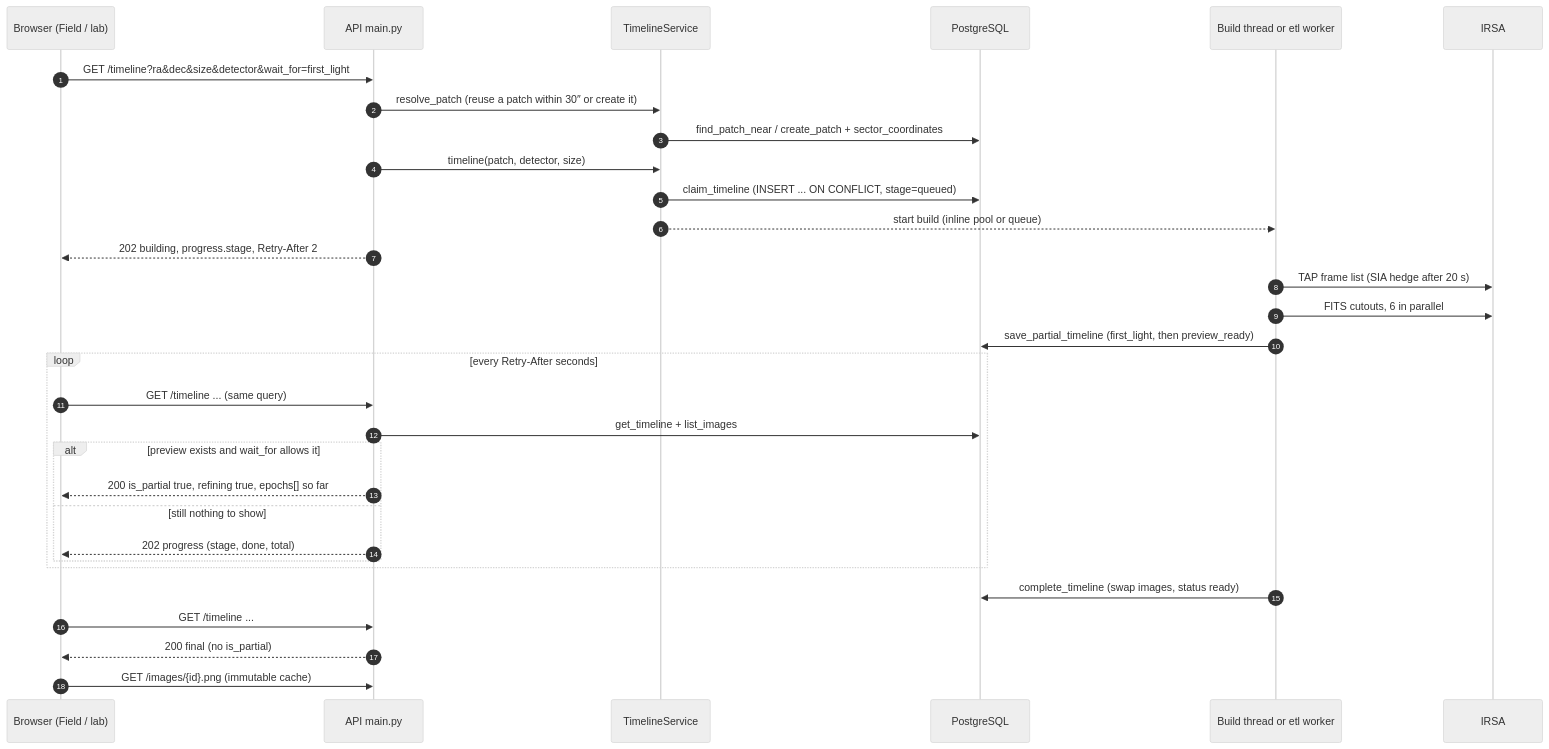
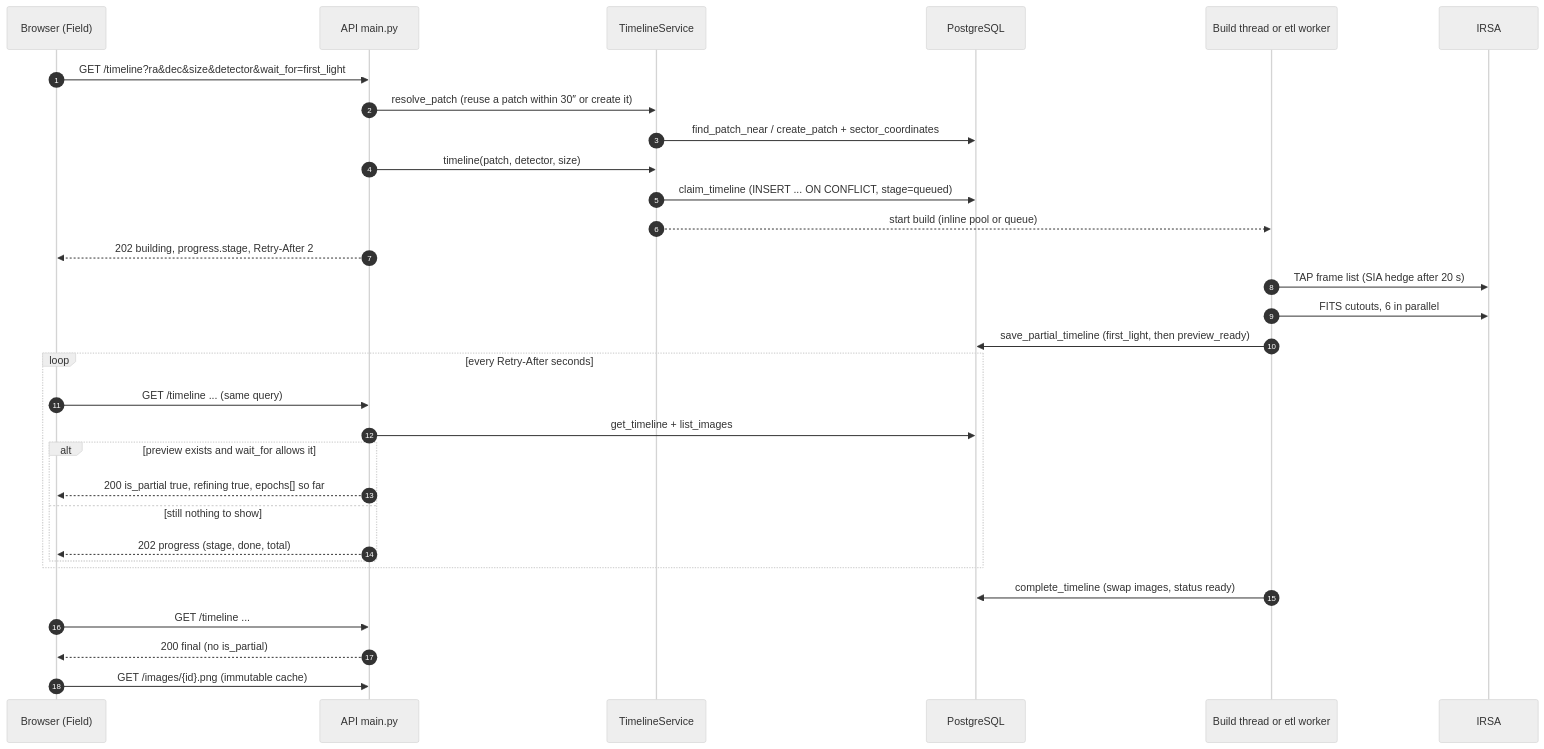
The fourth of 10 diagrams in docs/architecture.md (toroc07/nebo-app), drawn with Mermaid (neutral theme) before and after one commit. The commit also changed other lines of this file and 30 other files, not shown here.

````diff
--- a/docs/architecture.md
+++ b/docs/architecture.md
@@ -191,34 +191,34 @@
 ```mermaid
 sequenceDiagram
   autonumber
-  participant B as Browser (Field / lab)
+  participant B as Browser (Field)
   participant A as API main.py
   participant S as TimelineService
   participant DB as PostgreSQL
   participant W as Build thread or etl worker
   participant I as IRSA
 
   B->>A: GET /timeline?ra&dec&size&detector&wait_for=first_light
   A->>S: resolve_patch (reuse a patch within 30″ or create it)
   S->>DB: find_patch_near / create_patch + sector_coordinates
   A->>S: timeline(patch, detector, size)
   S->>DB: claim_timeline (INSERT ... ON CONFLICT, stage=queued)
   S-->>W: start build (inline pool or queue)
   A-->>B: 202 building, progress.stage, Retry-After 2
   W->>I: TAP frame list (SIA hedge after 20 s)
   W->>I: FITS cutouts, 6 in parallel
   W->>DB: save_partial_timeline (first_light, then preview_ready)
   loop every Retry-After seconds
     B->>A: GET /timeline ... (same query)
     A->>DB: get_timeline + list_images
     alt preview exists and wait_for allows it
       A-->>B: 200 is_partial true, refining true, epochs[] so far
     else still nothing to show
       A-->>B: 202 progress (stage, done, total)
     end
   end
   W->>DB: complete_timeline (swap images, status ready)
   B->>A: GET /timeline ...
   A-->>B: 200 final (no is_partial)
   B->>A: GET /images/{id}.png (immutable cache)
 ```
````
